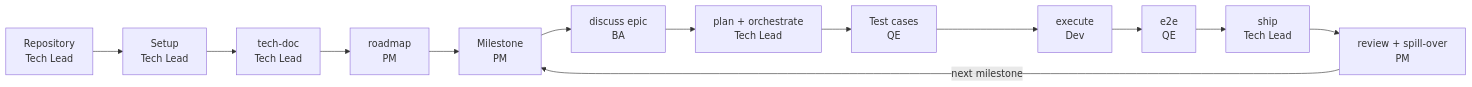
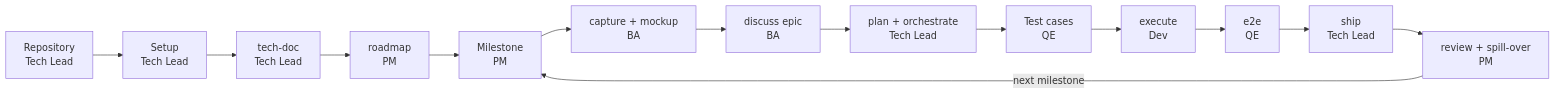
Before and after one commit to giangdhwhtbr/gin-workflow: the first of 2 diagrams in docs/starters/brownfield.md, drawn with Mermaid. The commit also changed other lines of this file and 2 other files, not shown here.

Commit message:
docs(starters): brownfield starts in the SDD layout with a capture step; gin-qa setup warns without it (gin-workflow-sdd-team-flow)

````diff
--- a/docs/starters/brownfield.md
+++ b/docs/starters/brownfield.md
@@ -64,15 +64,15 @@
 ```mermaid
 flowchart LR
   R["Repository<br/>Tech Lead"] --> A["Setup<br/>Tech Lead"]
   A --> B["tech-doc<br/>Tech Lead"]
   B --> C["roadmap<br/>PM"]
   C --> D["Milestone<br/>PM"]
-  D --> E["discuss epic<br/>BA"]
+  D --> CA["capture + mockup<br/>BA"] --> E["discuss epic<br/>BA"]
   E --> F["plan + orchestrate<br/>Tech Lead"]
   F --> G["Test cases<br/>QE"]
   G --> H["execute<br/>Dev"]
   H --> I["e2e<br/>QE"]
   I --> J["ship<br/>Tech Lead"]
   J --> K["review + spill-over<br/>PM"]
   K -->|"next milestone"| D
 ```
````
